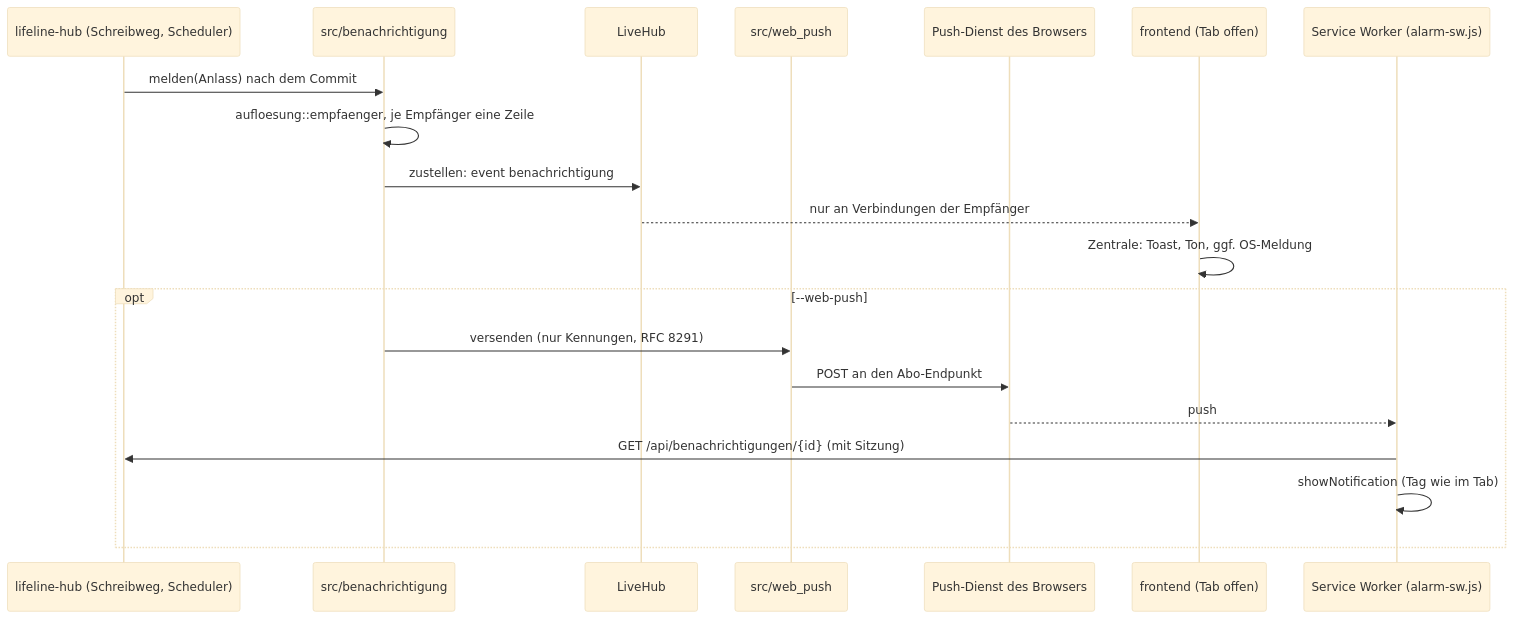
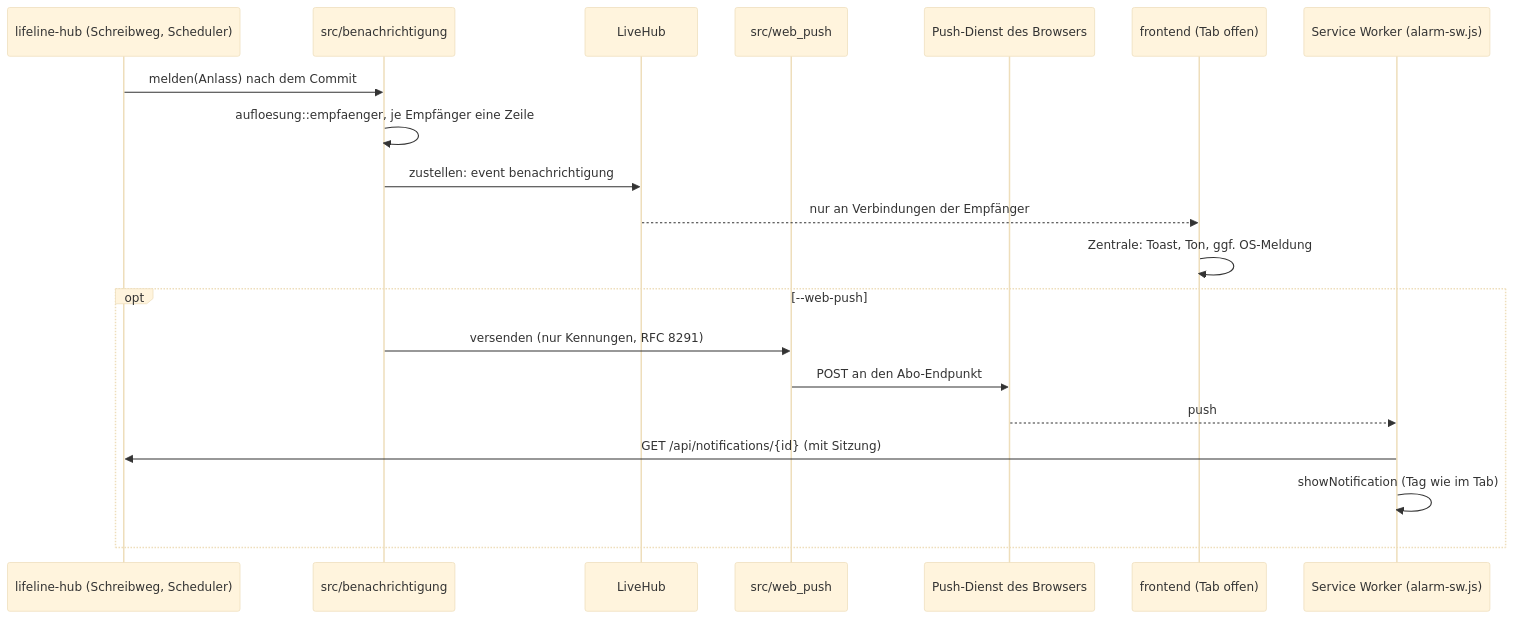
Diagram 17 of 19 in docs/architektur/06-laufzeitsicht.md (rubenvitt/lifeline-hub), drawn with Mermaid (base theme) before and after one commit. The commit also changed other lines of this file and 261 other files, not shown here.

````diff
--- a/docs/architektur/06-laufzeitsicht.md
+++ b/docs/architektur/06-laufzeitsicht.md
@@ -703,22 +703,22 @@
 ```mermaid
 sequenceDiagram
   participant BE as lifeline-hub (Schreibweg, Scheduler)
   participant N as src/benachrichtigung
   participant Hub as LiveHub
   participant WP as src/web_push
   participant PD as Push-Dienst des Browsers
   participant FE as frontend (Tab offen)
   participant SW as Service Worker (alarm-sw.js)
   BE->>N: melden(Anlass) nach dem Commit
   N->>N: aufloesung::empfaenger, je Empfänger eine Zeile
   N->>Hub: zustellen: event benachrichtigung
   Hub-->>FE: nur an Verbindungen der Empfänger
   FE->>FE: Zentrale: Toast, Ton, ggf. OS-Meldung
   opt --web-push
     N->>WP: versenden (nur Kennungen, RFC 8291)
     WP->>PD: POST an den Abo-Endpunkt
     PD-->>SW: push
-    SW->>BE: GET /api/benachrichtigungen/{id} (mit Sitzung)
+    SW->>BE: GET /api/notifications/{id} (mit Sitzung)
     SW->>SW: showNotification (Tag wie im Tab)
   end
 ```
````
